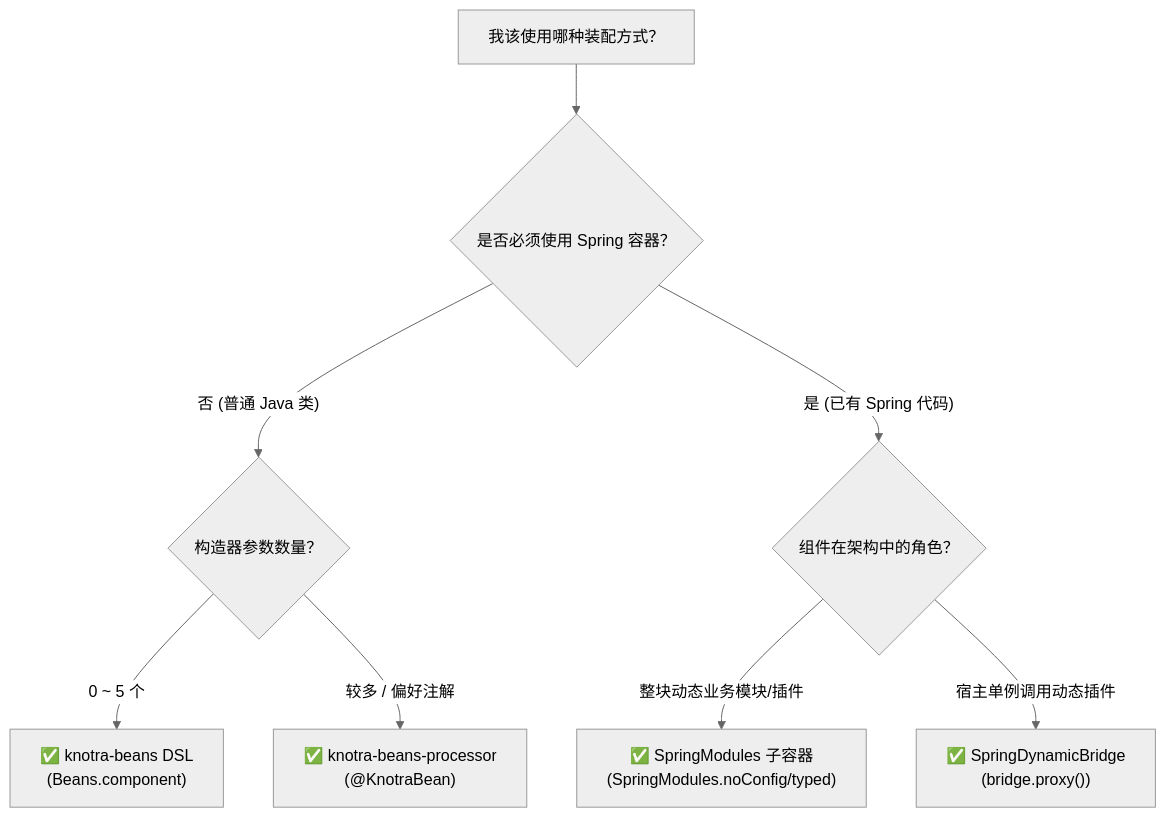
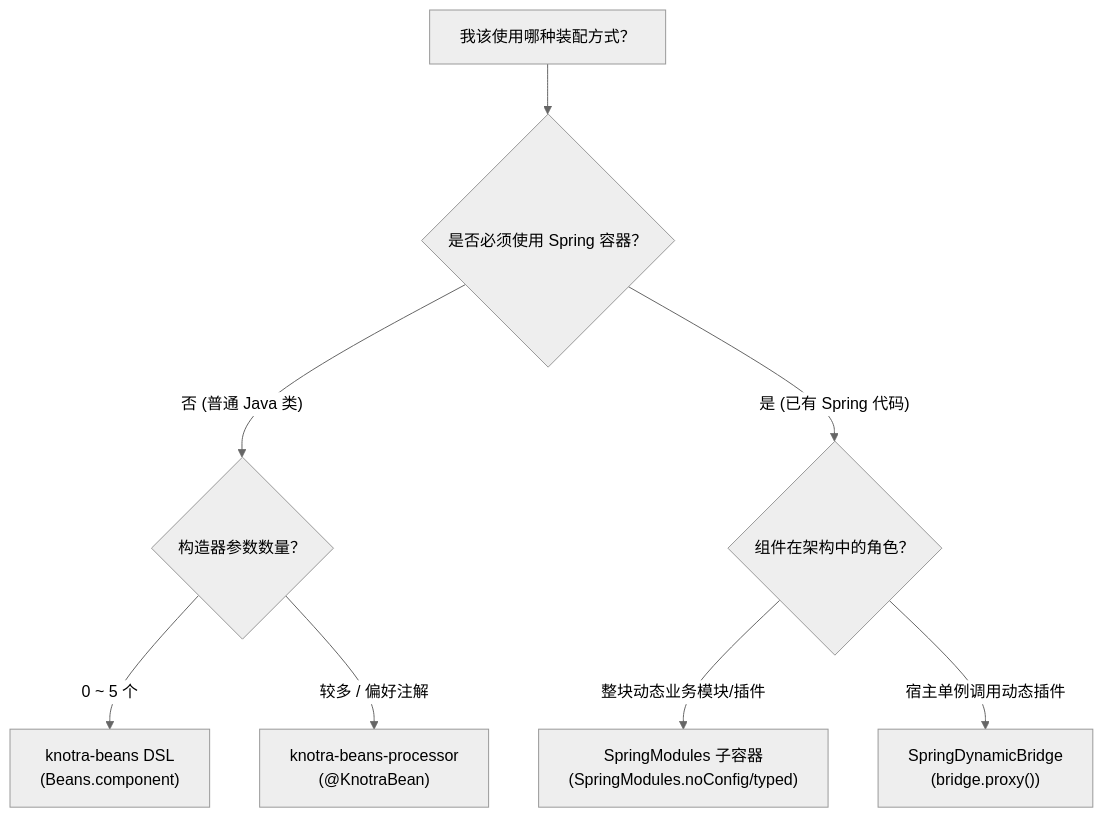
Before and after one commit to fjay/knotra: the fourth of 4 diagrams in docs/Knotra Beans 与 Spring 集成指南.md, drawn with Mermaid (neutral theme). The commit also changed other lines of this file and 7 other files, not shown here.

Commit message:
docs: 修复 Mermaid 图表语法并清理所有 emoji 表情

````diff
--- a/docs/Knotra Beans 与 Spring 集成指南.md
+++ b/docs/Knotra Beans 与 Spring 集成指南.md
@@ -415,12 +415,12 @@
 ```mermaid
 graph TD
-    Start["我该使用哪种装配方式？"] --> Q1{"是否必须使用 Spring 容器？"}
+    start_decision["我该使用哪种装配方式？"] --> q_spring{"是否必须使用 Spring 容器？"}
 
-    Q1 -->|"否 (普通 Java 类)"| Q2{"构造器参数数量？"}
-    Q2 -->|"0 ~ 5 个"| R1["✅ knotra-beans DSL<br/>(Beans.component)"]
-    Q2 -->|"较多 / 偏好注解"| R2["✅ knotra-beans-processor<br/>(@KnotraBean)"]
+    q_spring -->|"否 (普通 Java 类)"| q_args{"构造器参数数量？"}
+    q_args -->|"0 ~ 5 个"| res_pojo["knotra-beans DSL<br/>(Beans.component)"]
+    q_args -->|"较多 / 偏好注解"| res_proc["knotra-beans-processor<br/>(@KnotraBean)"]
 
-    Q1 -->|"是 (已有 Spring 代码)"| Q3{"组件在架构中的角色？"}
-    Q3 -->|"整块动态业务模块/插件"| R3["✅ SpringModules 子容器<br/>(SpringModules.noConfig/typed)"]
-    Q3 -->|"宿主单例调用动态插件"| R4["✅ SpringDynamicBridge<br/>(bridge.proxy())"]
+    q_spring -->|"是 (已有 Spring 代码)"| q_role{"组件在架构中的角色？"}
+    q_role -->|"整块动态业务模块/插件"| res_child["SpringModules 子容器<br/>(SpringModules.noConfig/typed)"]
+    q_role -->|"宿主单例调用动态插件"| res_bridge["SpringDynamicBridge<br/>(bridge.proxy())"]
 ```
````
